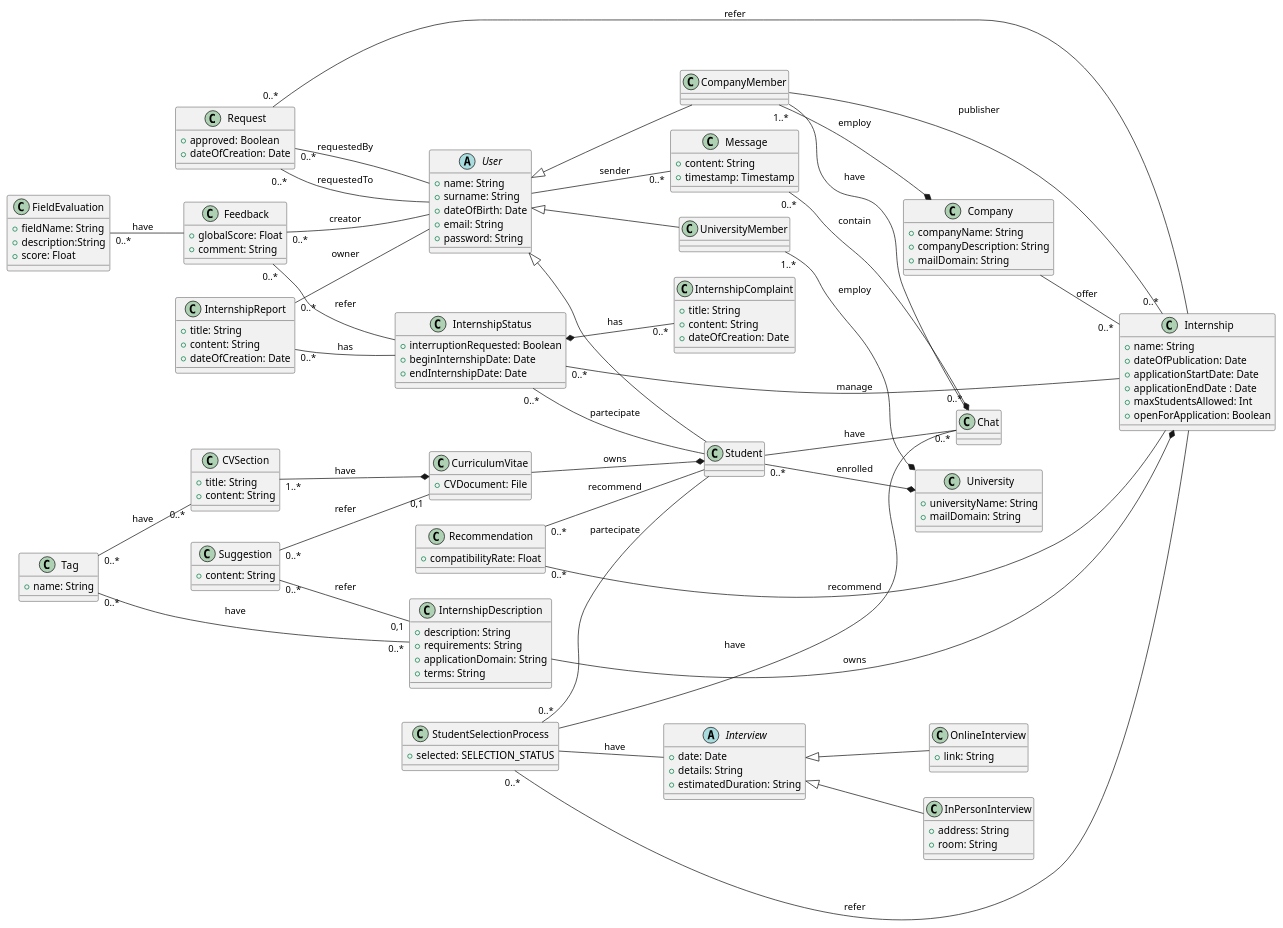
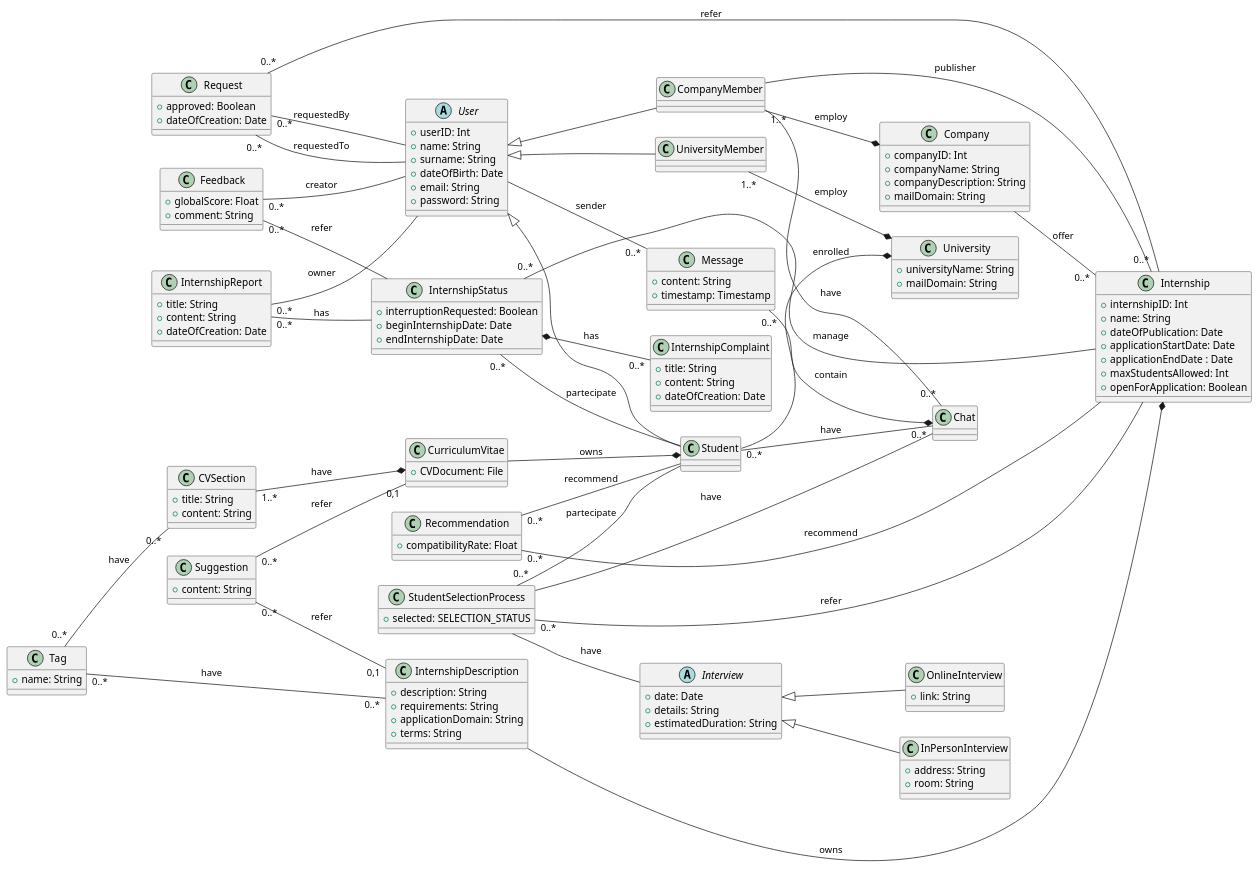
Before and after one commit to matti8702/R_and_DD_project_SE2: the diagram in RASD/Overall_description/uml_diagrams/class_diagram.puml, drawn with PlantUML. The commit also changed 1 other file, not shown here.

Commit message:
fix: fix to the class diagram

```diff
--- a/RASD/Overall_description/uml_diagrams/class_diagram.puml
+++ b/RASD/Overall_description/uml_diagrams/class_diagram.puml
@@ -1,169 +1,165 @@
 @startuml class_diagram
 left to right direction
 
 abstract class User{
+    + userID: Int
     + name: String
     + surname: String
     + dateOfBirth: Date
     + email: String
     + password: String
 }
 
 class Student extends User{
 }
 Student "0..*" --* University : enrolled
 
 class CompanyMember extends User{
 
 }
 CompanyMember "1..*" --* Company : employ
 
 class UniversityMember extends User{
 
 }
 UniversityMember "1..*" --* University : employ
 
 class University{
     + universityName: String 
     + mailDomain: String
 }
 
 class Company{
+    + companyID: Int
     + companyName: String
     + companyDescription: String
     + mailDomain: String
 }
 
 class Internship{
+    + internshipID: Int
     + name: String
     + dateOfPublication: Date
     + applicationStartDate: Date
     + applicationEndDate : Date
     + maxStudentsAllowed: Int
     + openForApplication: Boolean
 }
 Company -- "0..*" Internship : offer
 Internship "0..*" -- CompanyMember : publisher
 
 class InternshipDescription{
     + description: String
     + requirements: String
     + applicationDomain: String
     + terms: String
 }
 InternshipDescription --* Internship : owns
 
 class InternshipStatus{
     + interruptionRequested: Boolean
     + beginInternshipDate: Date
     + endInternshipDate: Date
 }
 InternshipStatus "0..*" -- Student : partecipate
 InternshipStatus "0..*" -- Internship : manage
 InternshipStatus *-- "0..*" InternshipComplaint : has
 
 class InternshipComplaint{
     + title: String
     + content: String
     + dateOfCreation: Date
 }
 
 class InternshipReport{
     + title: String
     + content: String
     + dateOfCreation: Date
 }
 InternshipReport "0..*" -- InternshipStatus : has
 InternshipReport "0..*" -- User : owner
 
 class Request{
     + approved: Boolean 
     + dateOfCreation: Date
 }
 Request "0..*" -- Internship : refer
 Request "0..*" -- User : requestedBy
 Request "0..*" -- User : requestedTo
 
 class StudentSelectionProcess{
     + selected: SELECTION_STATUS
 }
 
 StudentSelectionProcess "0..*" -- Student : partecipate
 StudentSelectionProcess "0..*" -- Internship : refer
 StudentSelectionProcess -- Chat : have
 StudentSelectionProcess -- Interview : have
 
 abstract class Interview{
     + date: Date
     + details: String
     + estimatedDuration: String
 }
 
 class OnlineInterview extends Interview{
     + link: String
 }
 
 class InPersonInterview extends Interview{
     + address: String
     + room: String
 }
 
 class Feedback {
     + globalScore: Float
     + comment: String
 }
 
 Feedback "0..*" -- InternshipStatus : refer
 Feedback "0..*" -- User : creator
 
-class FieldEvaluation{
-    + fieldName: String
-    + description:String
-    + score: Float
-}
-FieldEvaluation "0..*" -- Feedback : have
-
 class Suggestion{
     + content: String
 }
 Suggestion "0..*" -- "0,1" CurriculumVitae : refer
 Suggestion "0..*" -- "0,1" InternshipDescription : refer
 
 class Recommendation{
     + compatibilityRate: Float
 }
 Recommendation "0..*" -- Internship : recommend
 Recommendation "0..*" -- Student : recommend
 
 class Chat{
 }
 
 class Message{
     + content: String
     + timestamp: Timestamp
 }
 
 User -- "0..*"  Message : sender
 
 Message "0..*" --* Chat : contain
 Student -- "0..*"  Chat : have
 CompanyMember -- "0..*"  Chat : have
 
 class CurriculumVitae{
     + CVDocument: File
 }
 CurriculumVitae --* Student : owns
 
 class CVSection{
     + title: String
     + content: String
 }
 CVSection "1..*" --* CurriculumVitae : have
 
 class Tag{
     + name: String
 }
 Tag "0..*" -- "0..*" CVSection : have
 Tag "0..*" -- "0..*" InternshipDescription : have
 
 @enduml
```
